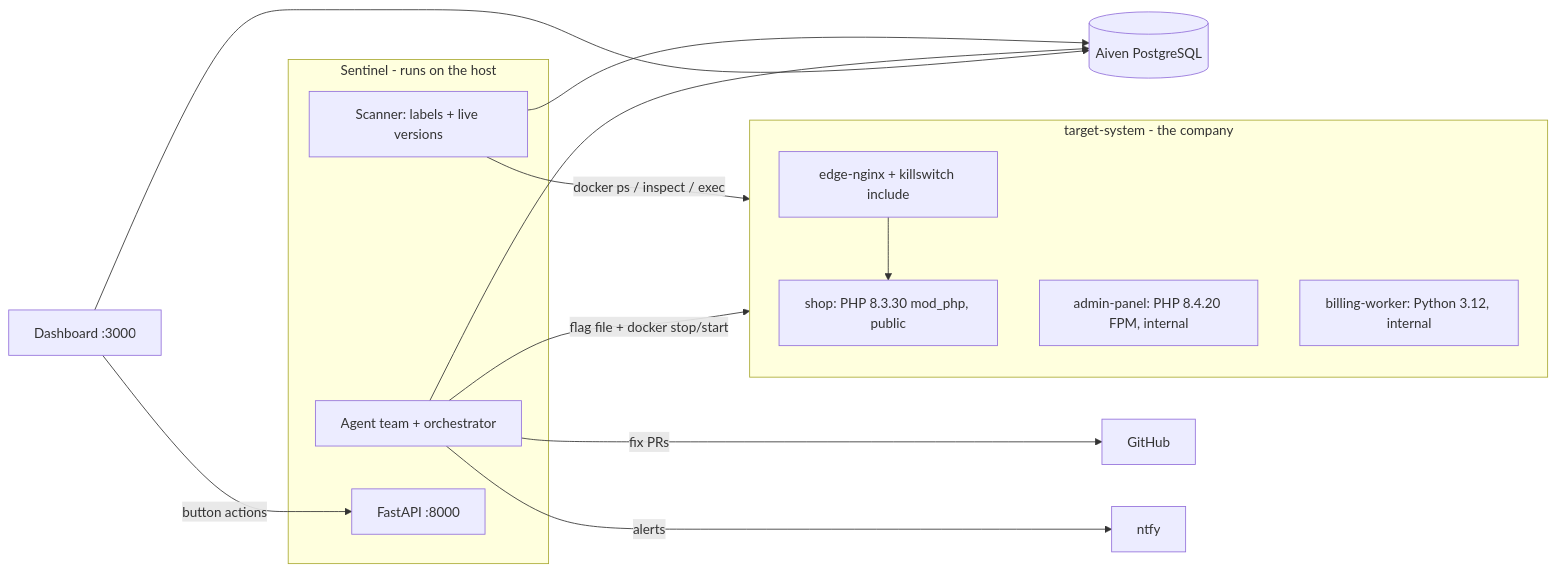
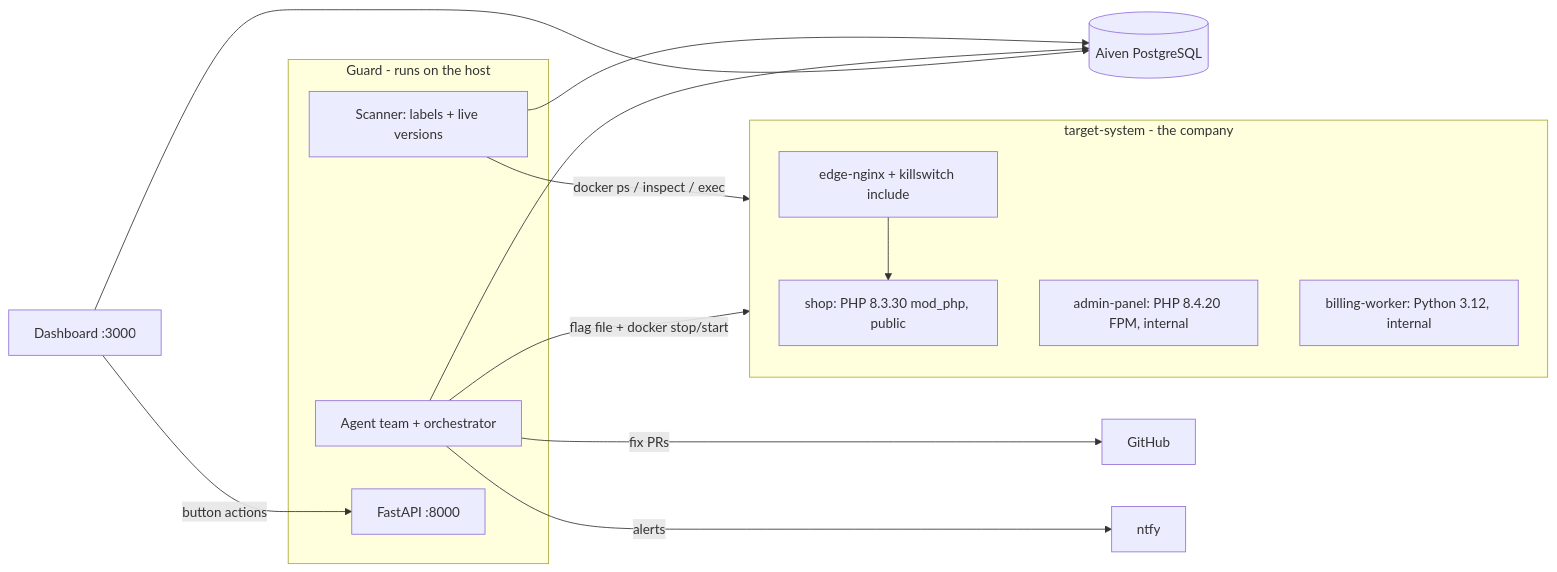
One commit to realsmt99/sentinel changed the first of 9 diagrams in docs/ARCHITECTURE.md. Above: the diagram before and after it, drawn with Mermaid. The commit also changed other lines of this file and 50 other files, not shown here.

````diff
--- a/docs/ARCHITECTURE.md
+++ b/docs/ARCHITECTURE.md
@@ -18,25 +18,25 @@
 ```mermaid
 flowchart LR
     subgraph company [target-system - the company]
         nginx["edge-nginx + killswitch include"]
         shop["shop: PHP 8.3.30 mod_php, public"]
         admin["admin-panel: PHP 8.4.20 FPM, internal"]
         billing["billing-worker: Python 3.12, internal"]
     end
-    subgraph sentinelBox [Sentinel - runs on the host]
+    subgraph sentinelBox [Guard - runs on the host]
         scanner["Scanner: labels + live versions"]
         agentTeam["Agent team + orchestrator"]
         api["FastAPI :8000"]
     end
     pg[("Aiven PostgreSQL")]
     dash["Dashboard :3000"]
     nginx --> shop
     scanner -->|"docker ps / inspect / exec"| company
     scanner --> pg
     agentTeam -->|"flag file + docker stop/start"| company
     agentTeam --> pg
     agentTeam -->|"fix PRs"| gh[GitHub]
     agentTeam -->|"alerts"| phone[ntfy]
     dash --> pg
     dash -->|"button actions"| api
 ```
````
